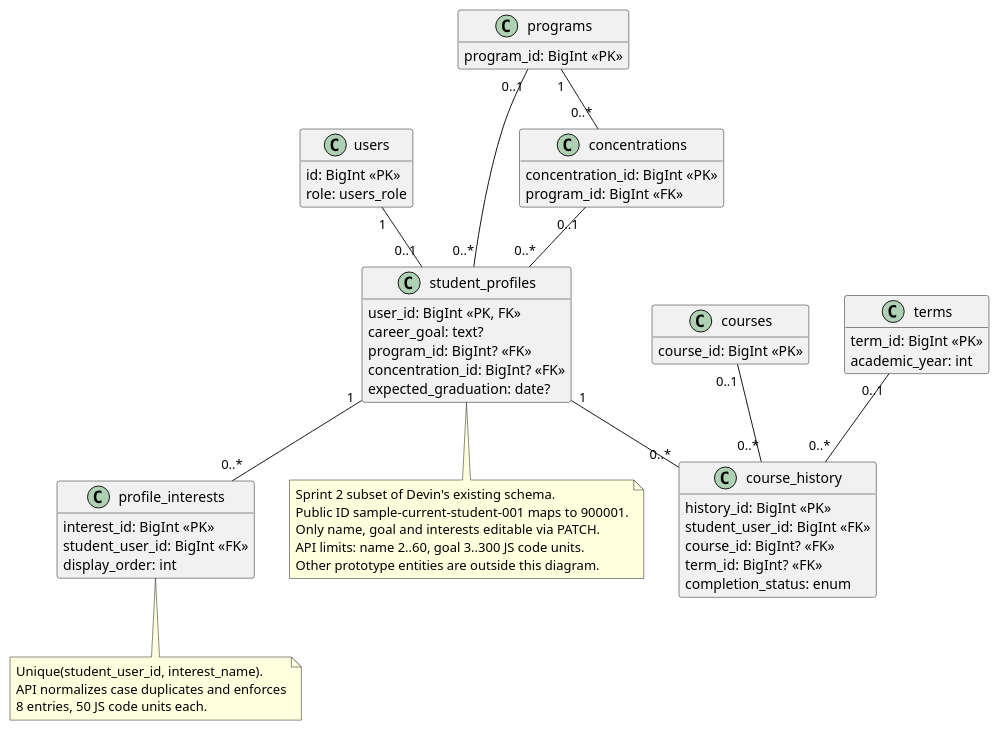
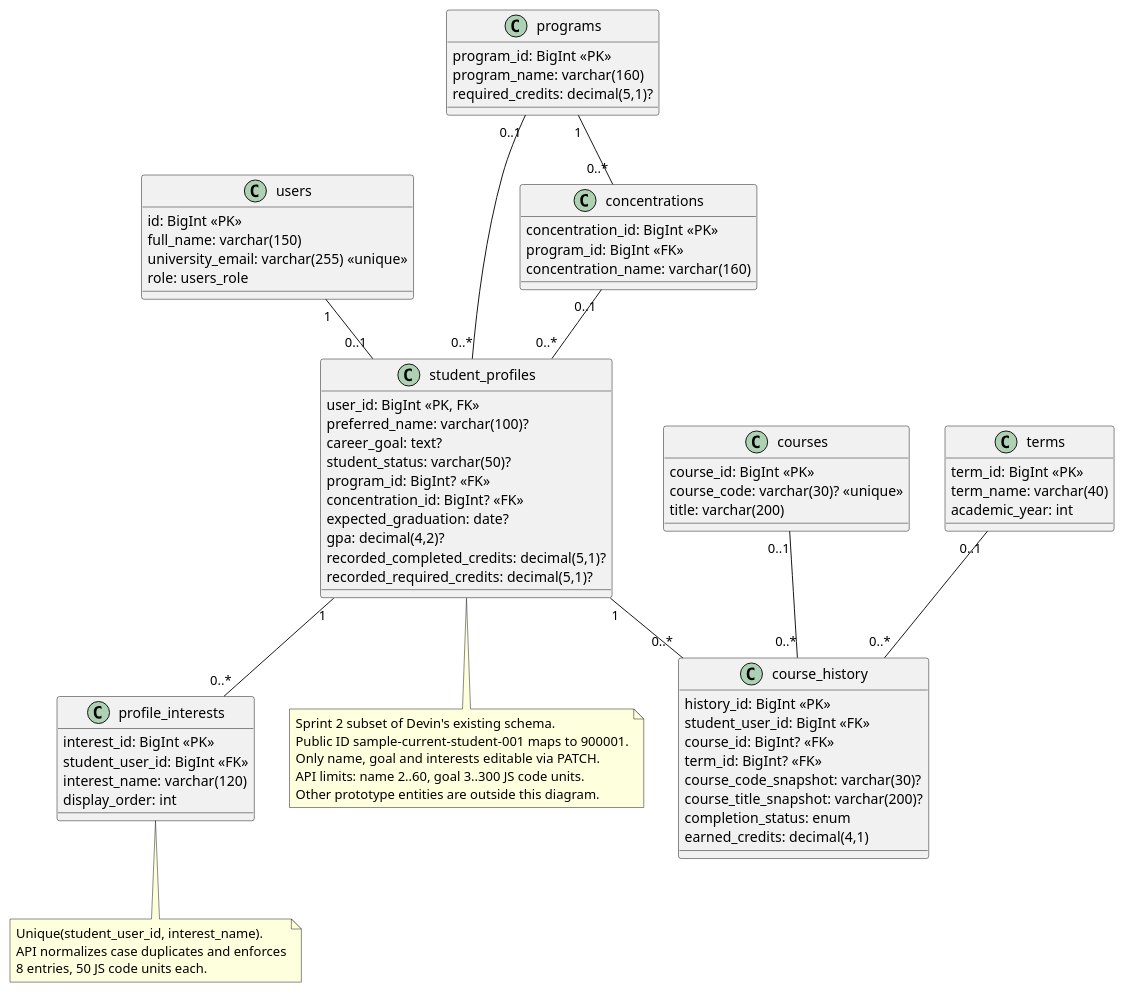
One commit to Group-12-Project/team-project-app changed the diagram in docs/uml/profile-class.puml. Above: the diagram before and after it, drawn with PlantUML. The commit also changed 4 other files, not shown here.

Commit message:
Correct UML attribute rendering and verify diagram readability

```diff
--- a/docs/uml/profile-class.puml
+++ b/docs/uml/profile-class.puml
@@ -1,78 +1,78 @@
 @startuml
-hide methods
+skinparam backgroundColor white
 skinparam classAttributeIconSize 0
 class users {
-  id: BigInt <<PK>>
-  full_name: varchar(150)
-  university_email: varchar(255) <<unique>>
-  role: users_role
+  {field} id: BigInt <<PK>>
+  {field} full_name: varchar(150)
+  {field} university_email: varchar(255) <<unique>>
+  {field} role: users_role
 }
 class student_profiles {
-  user_id: BigInt <<PK, FK>>
-  preferred_name: varchar(100)?
-  career_goal: text?
-  student_status: varchar(50)?
-  program_id: BigInt? <<FK>>
-  concentration_id: BigInt? <<FK>>
-  expected_graduation: date?
-  gpa: decimal(4,2)?
-  recorded_completed_credits: decimal(5,1)?
-  recorded_required_credits: decimal(5,1)?
+  {field} user_id: BigInt <<PK, FK>>
+  {field} preferred_name: varchar(100)?
+  {field} career_goal: text?
+  {field} student_status: varchar(50)?
+  {field} program_id: BigInt? <<FK>>
+  {field} concentration_id: BigInt? <<FK>>
+  {field} expected_graduation: date?
+  {field} gpa: decimal(4,2)?
+  {field} recorded_completed_credits: decimal(5,1)?
+  {field} recorded_required_credits: decimal(5,1)?
 }
 class profile_interests {
-  interest_id: BigInt <<PK>>
-  student_user_id: BigInt <<FK>>
-  interest_name: varchar(120)
-  display_order: int
+  {field} interest_id: BigInt <<PK>>
+  {field} student_user_id: BigInt <<FK>>
+  {field} interest_name: varchar(120)
+  {field} display_order: int
 }
 class course_history {
-  history_id: BigInt <<PK>>
-  student_user_id: BigInt <<FK>>
-  course_id: BigInt? <<FK>>
-  term_id: BigInt? <<FK>>
-  course_code_snapshot: varchar(30)?
-  course_title_snapshot: varchar(200)?
-  completion_status: enum
-  earned_credits: decimal(4,1)
+  {field} history_id: BigInt <<PK>>
+  {field} student_user_id: BigInt <<FK>>
+  {field} course_id: BigInt? <<FK>>
+  {field} term_id: BigInt? <<FK>>
+  {field} course_code_snapshot: varchar(30)?
+  {field} course_title_snapshot: varchar(200)?
+  {field} completion_status: enum
+  {field} earned_credits: decimal(4,1)
 }
 class programs {
-  program_id: BigInt <<PK>>
-  program_name: varchar(160)
-  required_credits: decimal(5,1)?
+  {field} program_id: BigInt <<PK>>
+  {field} program_name: varchar(160)
+  {field} required_credits: decimal(5,1)?
 }
 class concentrations {
-  concentration_id: BigInt <<PK>>
-  program_id: BigInt <<FK>>
-  concentration_name: varchar(160)
+  {field} concentration_id: BigInt <<PK>>
+  {field} program_id: BigInt <<FK>>
+  {field} concentration_name: varchar(160)
 }
 class courses {
-  course_id: BigInt <<PK>>
-  course_code: varchar(30)? <<unique>>
-  title: varchar(200)
+  {field} course_id: BigInt <<PK>>
+  {field} course_code: varchar(30)? <<unique>>
+  {field} title: varchar(200)
 }
 class terms {
-  term_id: BigInt <<PK>>
-  term_name: varchar(40)
-  academic_year: int
+  {field} term_id: BigInt <<PK>>
+  {field} term_name: varchar(40)
+  {field} academic_year: int
 }
 users "1" -- "0..1" student_profiles
 student_profiles "1" -- "0..*" profile_interests
 student_profiles "1" -- "0..*" course_history
 programs "0..1" -- "0..*" student_profiles
 concentrations "0..1" -- "0..*" student_profiles
 programs "1" -- "0..*" concentrations
 courses "0..1" -- "0..*" course_history
 terms "0..1" -- "0..*" course_history
 note bottom of profile_interests
 Unique(student_user_id, interest_name).
 API normalizes case duplicates and enforces
 8 entries, 50 JS code units each.
 end note
 note bottom of student_profiles
 Sprint 2 subset of Devin's existing schema.
 Public ID sample-current-student-001 maps to 900001.
 Only name, goal and interests editable via PATCH.
 API limits: name 2..60, goal 3..300 JS code units.
 Other prototype entities are outside this diagram.
 end note
 @enduml
```
